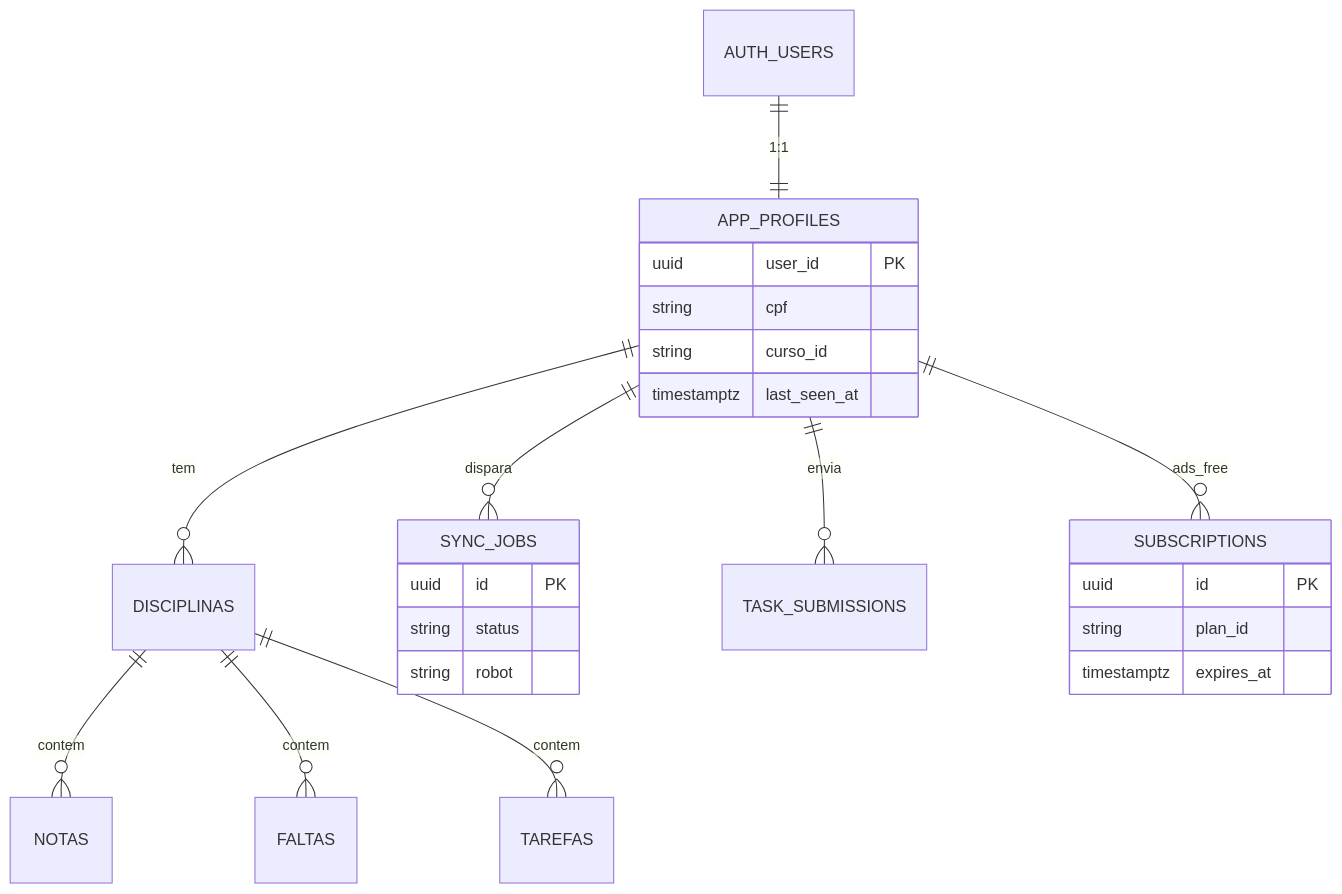
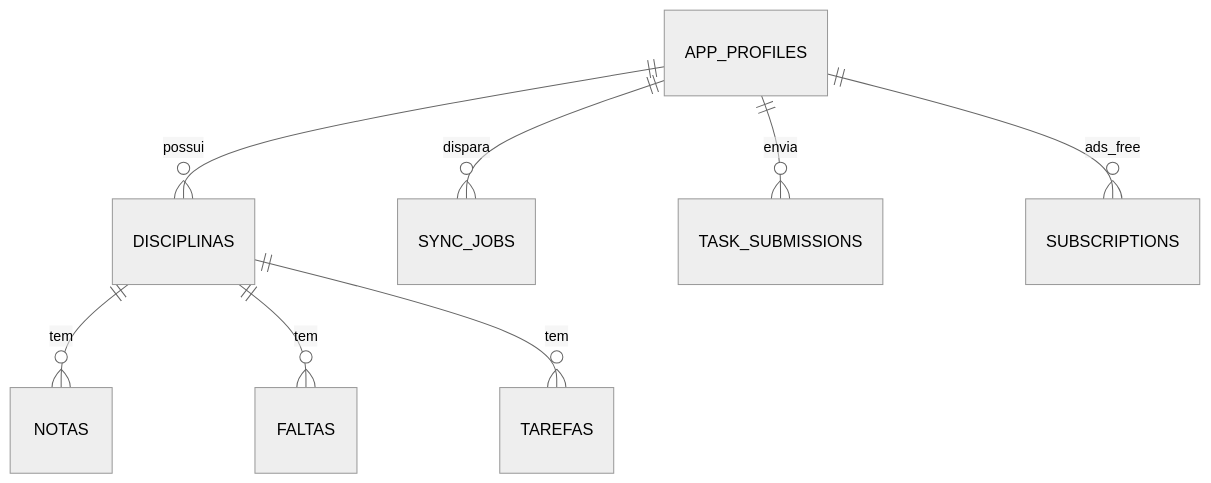
One commit to KairoHenrique/CEFET-Academic-Planner changed the fifth of 5 diagrams in README.md. Above: the diagram before and after it, drawn with Mermaid. The commit also changed other lines of this file, not shown here.

Commit message:
docs: Mermaid mais limpo e legivel no README

````diff
--- a/README.md
+++ b/README.md
@@ -708,28 +701,11 @@
 ```mermaid
+%%{init: {"theme": "neutral"}}%%
 erDiagram
-  AUTH_USERS ||--|| APP_PROFILES : "1:1"
-  APP_PROFILES ||--o{ DISCIPLINAS : tem
+  APP_PROFILES ||--o{ DISCIPLINAS : possui
   APP_PROFILES ||--o{ SYNC_JOBS : dispara
   APP_PROFILES ||--o{ TASK_SUBMISSIONS : envia
-  APP_PROFILES ||--o{ SUBSCRIPTIONS : "ads_free"
-  DISCIPLINAS ||--o{ NOTAS : contem
-  DISCIPLINAS ||--o{ FALTAS : contem
-  DISCIPLINAS ||--o{ TAREFAS : contem
-
-  APP_PROFILES {
-    uuid user_id PK
-    string cpf
-    string curso_id
-    timestamptz last_seen_at
-  }
-  SYNC_JOBS {
-    uuid id PK
-    string status
-    string robot
-  }
-  SUBSCRIPTIONS {
-    uuid id PK
-    string plan_id
-    timestamptz expires_at
-  }
+  APP_PROFILES ||--o{ SUBSCRIPTIONS : ads_free
+  DISCIPLINAS ||--o{ NOTAS : tem
+  DISCIPLINAS ||--o{ FALTAS : tem
+  DISCIPLINAS ||--o{ TAREFAS : tem
 ```
````
